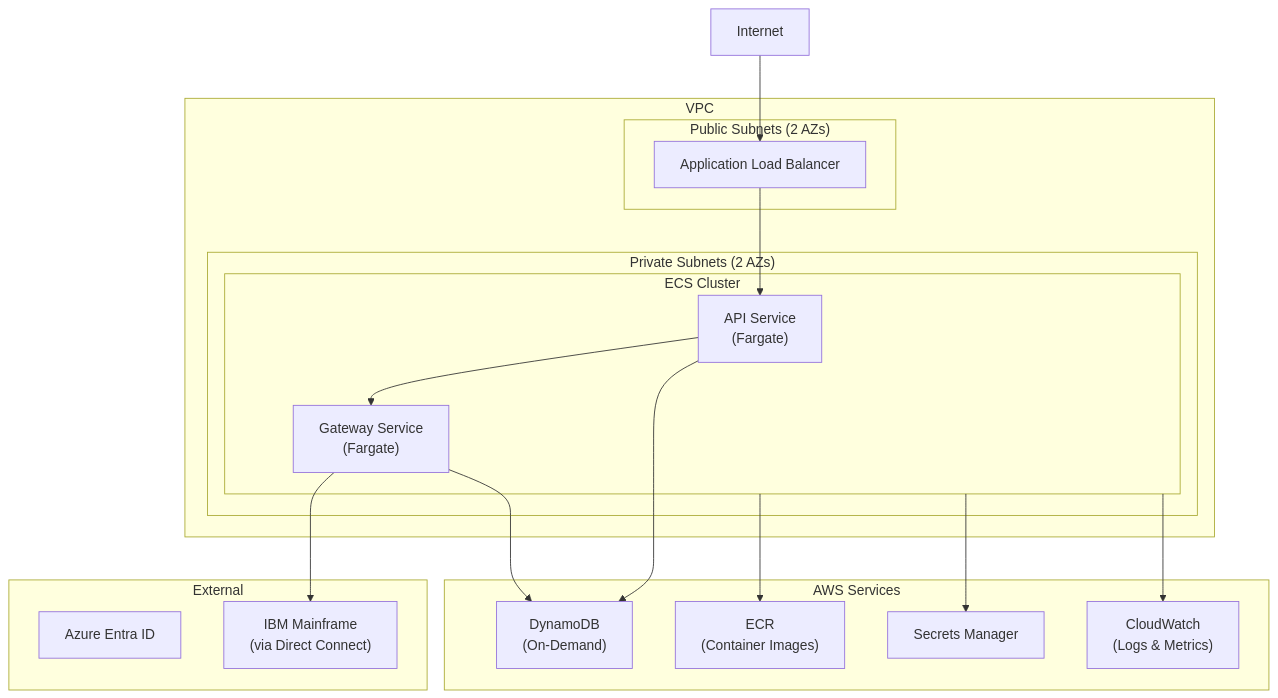
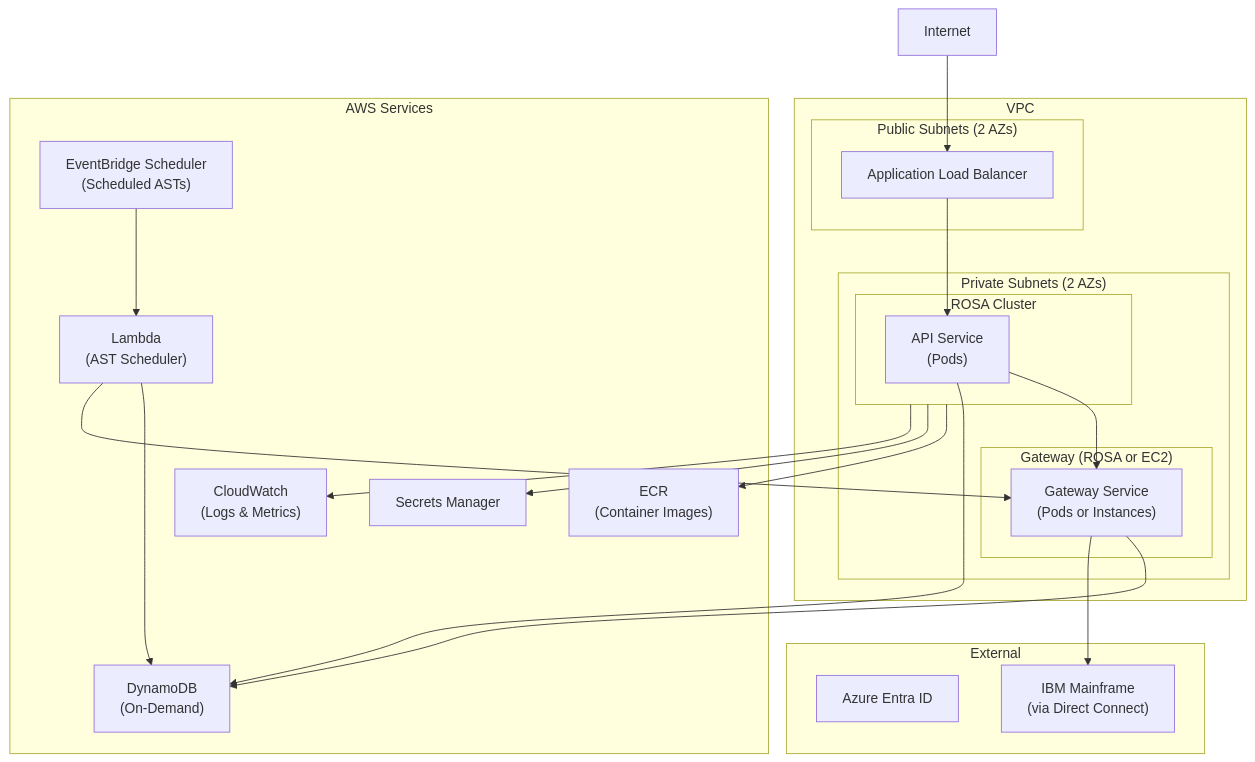
One commit to gurungabit/iast changed diagram 11 of 14 in docs/diagrams.md. Above: the diagram before and after it, drawn with Mermaid. The commit also changed other lines of this file and 33 other files, not shown here.

````diff
--- a/docs/diagrams.md
+++ b/docs/diagrams.md
@@ -323,39 +372,48 @@
 ```mermaid
 flowchart TB
     subgraph VPC["VPC"]
         subgraph Public["Public Subnets (2 AZs)"]
             ALB["Application Load Balancer"]
         end
         
         subgraph Private["Private Subnets (2 AZs)"]
-            subgraph ECS["ECS Cluster"]
-                APIService["API Service<br>(Fargate)"]
-                GatewayService["Gateway Service<br>(Fargate)"]
+            subgraph ROSA["ROSA Cluster"]
+                APIService["API Service<br>(Pods)"]
+            end
+            
+            subgraph GatewayLayer["Gateway (ROSA or EC2)"]
+                GatewayService["Gateway Service<br>(Pods or Instances)"]
             end
         end
     end
     
     subgraph AWS_Services["AWS Services"]
         DDB["DynamoDB<br>(On-Demand)"]
         ECR["ECR<br>(Container Images)"]
         Secrets["Secrets Manager"]
         CW["CloudWatch<br>(Logs & Metrics)"]
+        EventBridge["EventBridge Scheduler<br>(Scheduled ASTs)"]
+        Lambda["Lambda<br>(AST Scheduler)"]
     end
     
     subgraph External
         Entra["Azure Entra ID"]
         Mainframe["IBM Mainframe<br>(via Direct Connect)"]
     end
     
     Internet --> ALB
     ALB --> APIService
     APIService --> GatewayService
     
     APIService --> DDB
     GatewayService --> DDB
     GatewayService --> Mainframe
     
-    ECS --> ECR
-    ECS --> Secrets
-    ECS --> CW
+    ROSA --> ECR
+    ROSA --> Secrets
+    ROSA --> CW
+    
+    EventBridge --> Lambda
+    Lambda --> DDB
+    Lambda --> GatewayService
 ```
````
